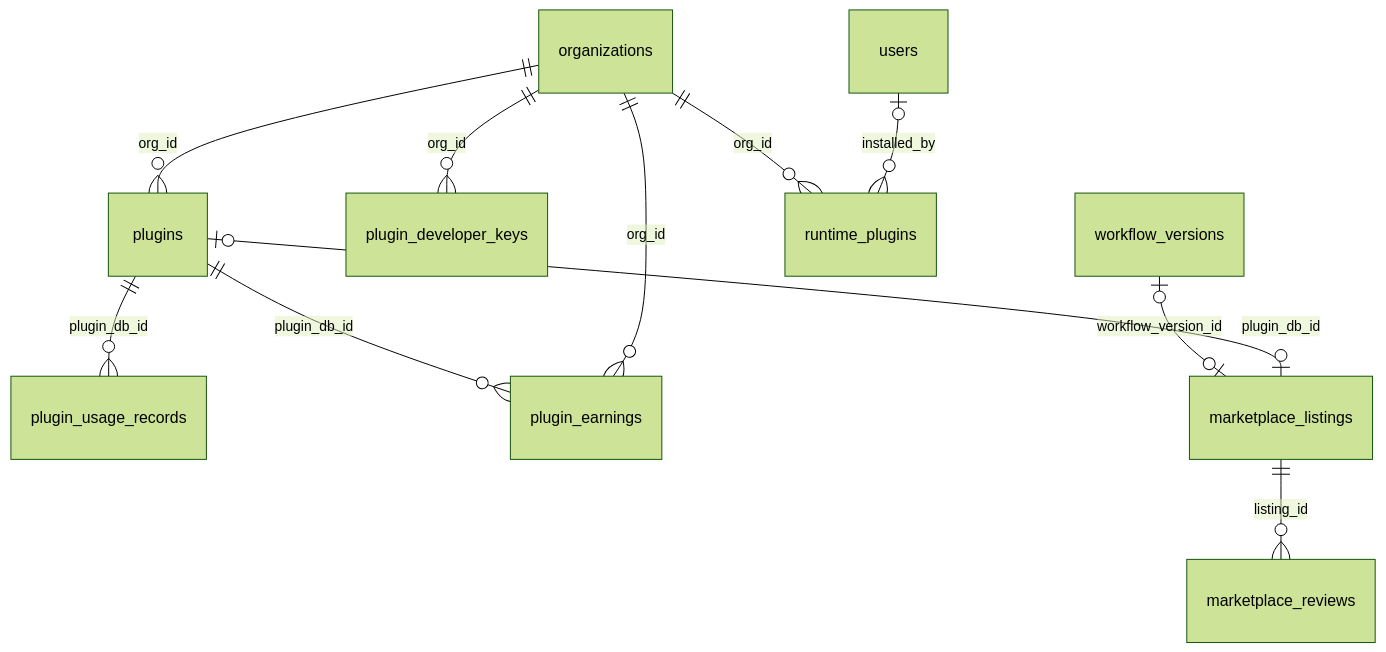
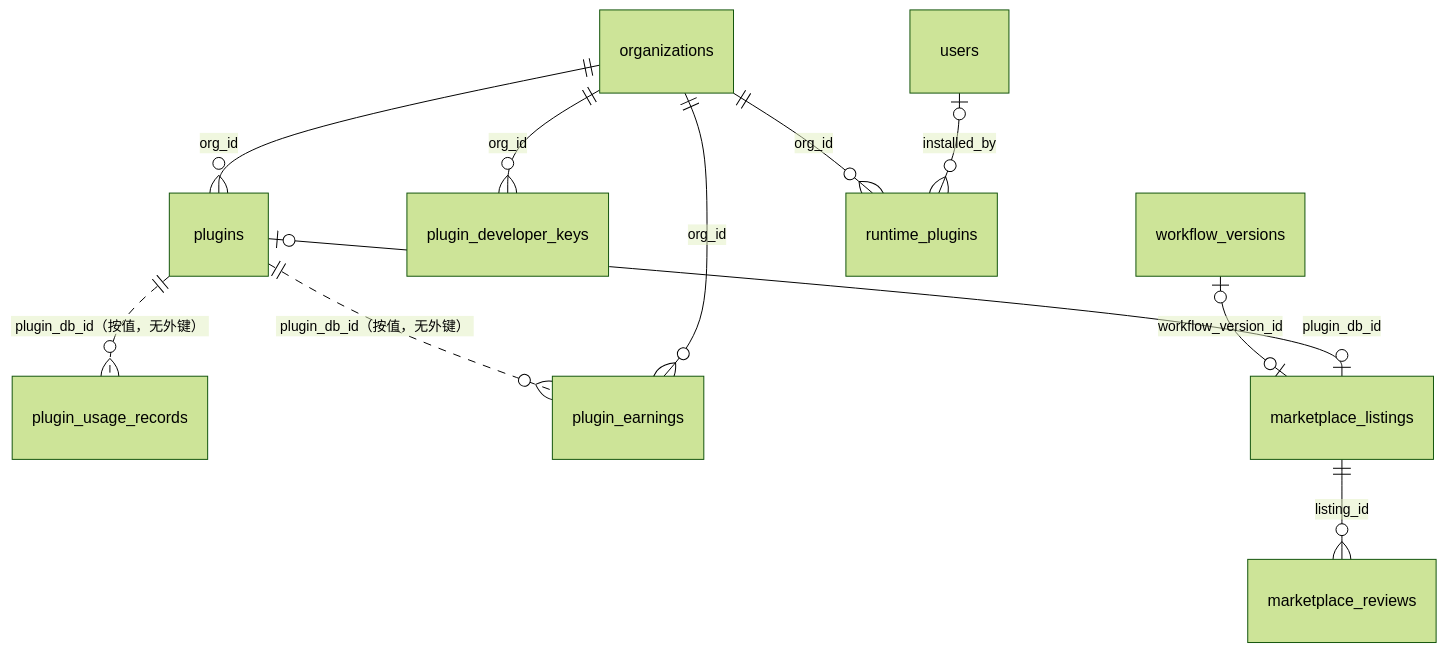
One commit to Lynricsy/AgentLoom changed the ninth of 10 diagrams in agentloom-docs/dev/server/database.md. Above: the diagram before and after it, drawn with Mermaid (forest theme). The commit also changed other lines of this file and 32 other files, not shown here.

````diff
--- a/agentloom-docs/dev/server/database.md
+++ b/agentloom-docs/dev/server/database.md
@@ -186,13 +186,13 @@
 ```mermaid
 erDiagram
     organizations ||--o{ plugins : "org_id"
     organizations ||--o{ plugin_developer_keys : "org_id"
-    plugins ||--o{ plugin_usage_records : "plugin_db_id"
-    plugins ||--o{ plugin_earnings : "plugin_db_id"
+    plugins ||..o{ plugin_usage_records : "plugin_db_id（按值，无外键）"
+    plugins ||..o{ plugin_earnings : "plugin_db_id（按值，无外键）"
     organizations ||--o{ plugin_earnings : "org_id"
     workflow_versions |o--o| marketplace_listings : "workflow_version_id"
     plugins |o--o| marketplace_listings : "plugin_db_id"
     marketplace_listings ||--o{ marketplace_reviews : "listing_id"
     organizations ||--o{ runtime_plugins : "org_id"
     users |o--o{ runtime_plugins : "installed_by"
 ```
````
